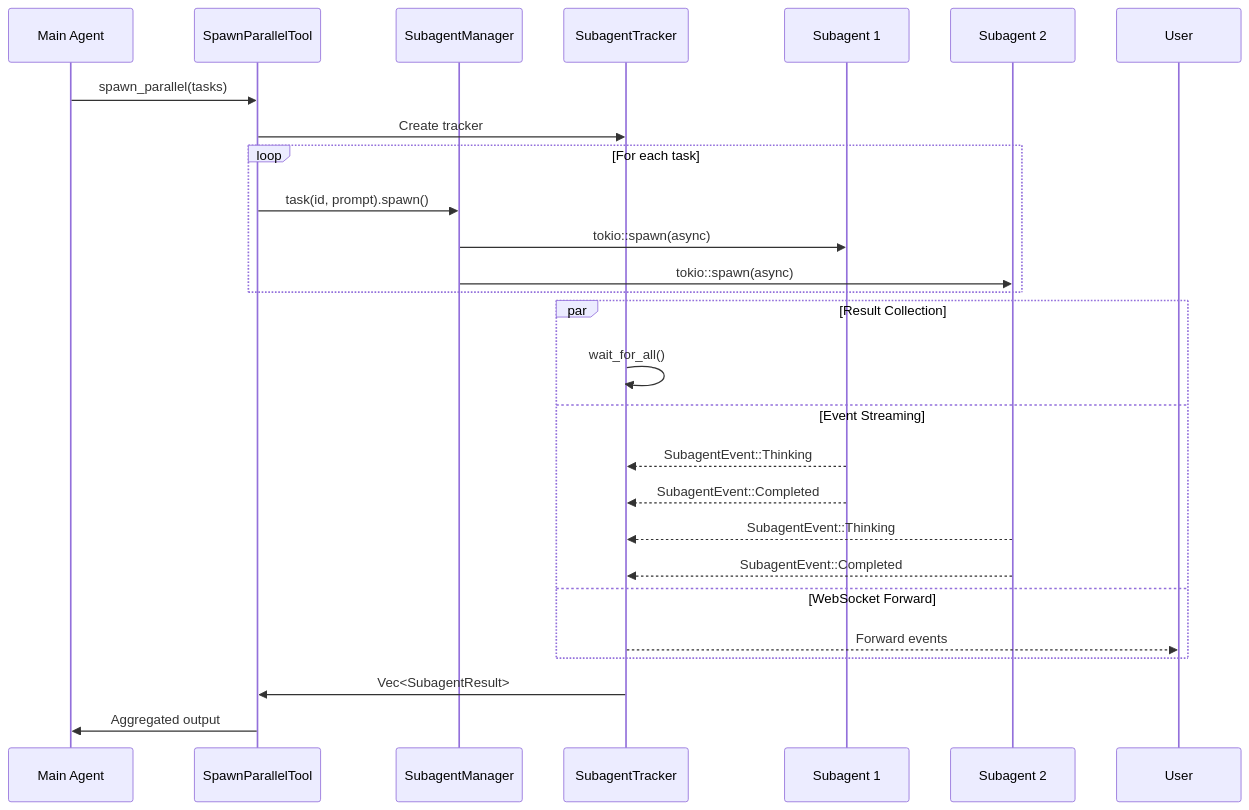
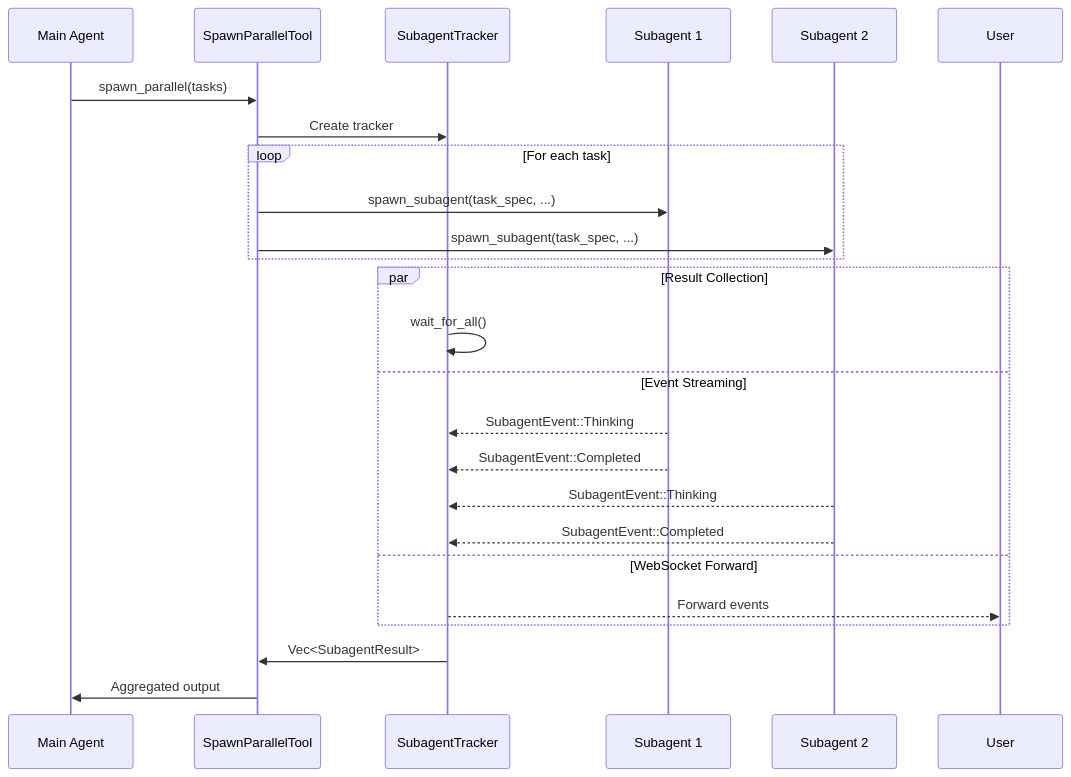
One commit to yeheng/nanobot-rs changed the fourth of 8 diagrams in docs/subagents-en.md. Above: the diagram before and after it, drawn with Mermaid. The commit also changed other lines of this file and 13 other files, not shown here.

````diff
--- a/docs/subagents-en.md
+++ b/docs/subagents-en.md
@@ -131,33 +131,31 @@
 ```mermaid
 sequenceDiagram
     participant Main as Main Agent
     participant Spawner as SpawnParallelTool
-    participant Manager as SubagentManager
     participant Tracker as SubagentTracker
     participant S1 as Subagent 1
     participant S2 as Subagent 2
     participant User
     
     Main->>Spawner: spawn_parallel(tasks)
     Spawner->>Tracker: Create tracker
     
     loop For each task
-        Spawner->>Manager: task(id, prompt).spawn()
-        Manager->>S1: tokio::spawn(async)
-        Manager->>S2: tokio::spawn(async)
+        Spawner->>S1: spawn_subagent(task_spec, ...)
+        Spawner->>S2: spawn_subagent(task_spec, ...)
     end
     
     par Result Collection
         Tracker->>Tracker: wait_for_all()
     and Event Streaming
         S1-->>Tracker: SubagentEvent::Thinking
         S1-->>Tracker: SubagentEvent::Completed
         S2-->>Tracker: SubagentEvent::Thinking
         S2-->>Tracker: SubagentEvent::Completed
     and WebSocket Forward
         Tracker-->>User: Forward events
     end
     
     Tracker->>Spawner: Vec<SubagentResult>
     Spawner->>Main: Aggregated output
 ```
````
